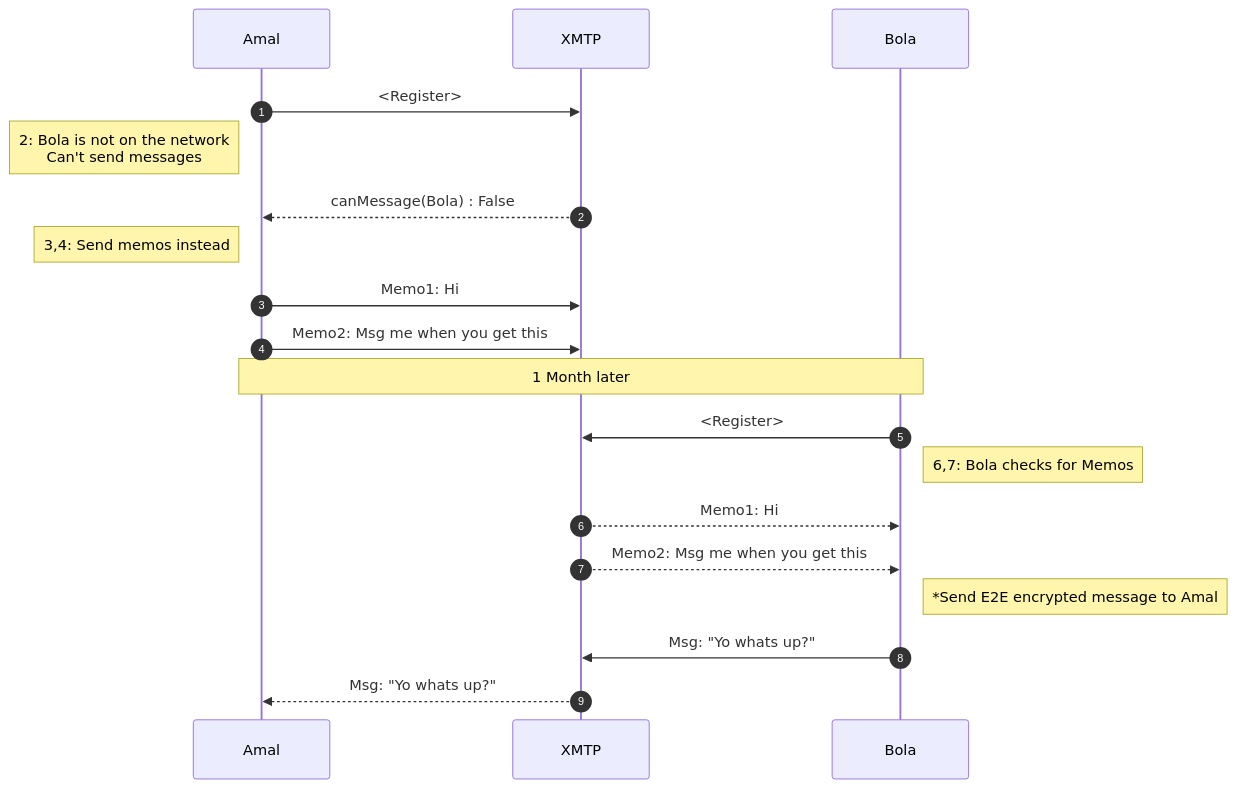
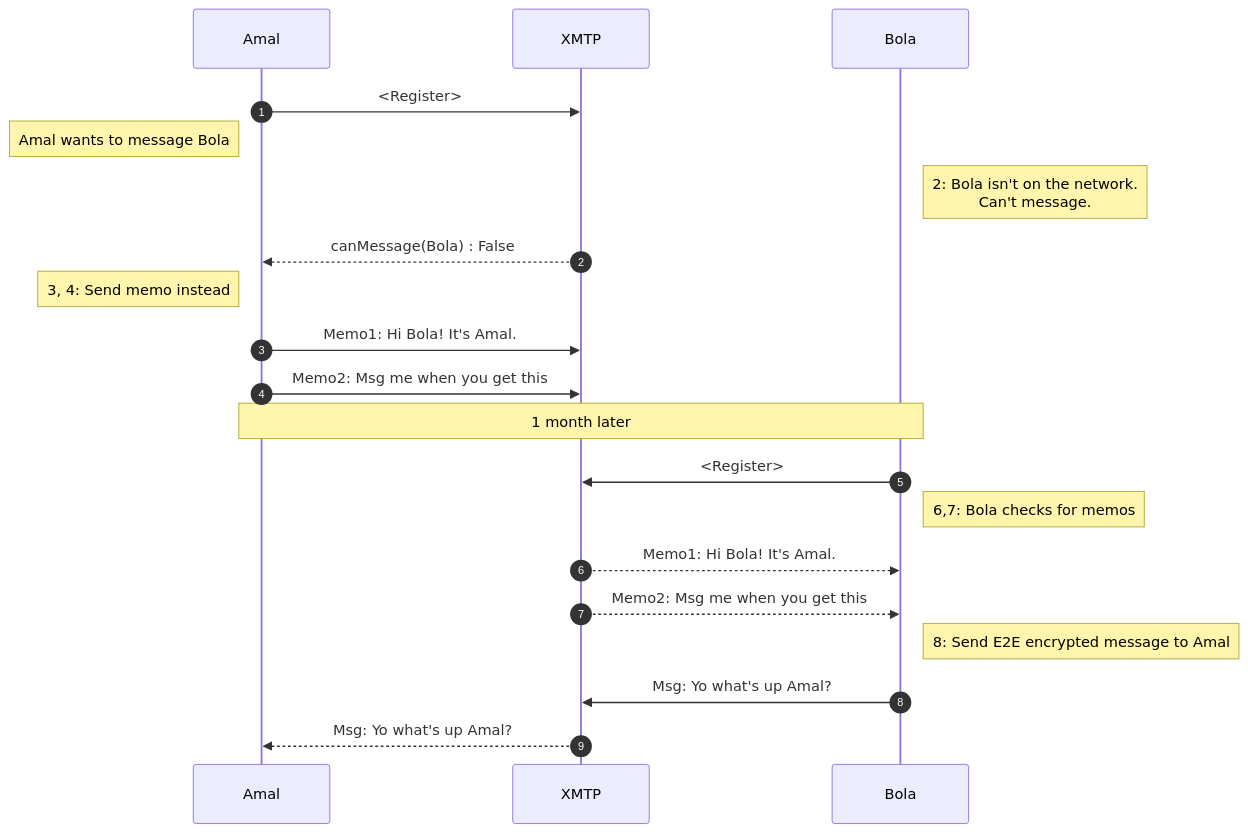
Before and after one commit to xmtp/xmtp-memo-js: the diagram in README.md, drawn with Mermaid. The commit also changed other lines of this file, not shown here.

````diff
--- a/README.md
+++ b/README.md
@@ -23,22 +25,23 @@
 ```mermaid
 sequenceDiagram
 autonumber
     participant A as Amal
     participant X as XMTP
     participant B as Bola
     A->>X: <Register>
-    Note left of A : 2: Bola is not on the network <br> Can't send messages
+    Note left of A : Amal wants to message Bola
+    Note right of B : 2: Bola isn't on the network. <br> Can't message.
     X -->> A: canMessage(Bola) : False
-    Note left of  A : 3,4: Send memos instead
-    A->>X: Memo1: Hi
+    Note left of  A : 3, 4: Send memo instead
+    A->>X: Memo1: Hi Bola! It's Amal.
     A->>X: Memo2: Msg me when you get this
-     Note over A,B: 1 Month later
+     Note over A,B: 1 month later
     B->>X: <Register>
 
-    Note right of B : 6,7: Bola checks for Memos
-    X -->>B: Memo1: Hi
+    Note right of B : 6,7: Bola checks for memos
+    X -->>B: Memo1: Hi Bola! It's Amal.
     X -->>B: Memo2: Msg me when you get this
-     Note right of B : *Send E2E encrypted message to Amal
-    B ->> X: Msg: "Yo whats up?"
-    X -->> A: Msg: "Yo whats up?"
+     Note right of B : 8: Send E2E encrypted message to Amal
+    B ->> X: Msg: Yo what's up Amal?
+    X -->> A: Msg: Yo what's up Amal?
 ```
````
